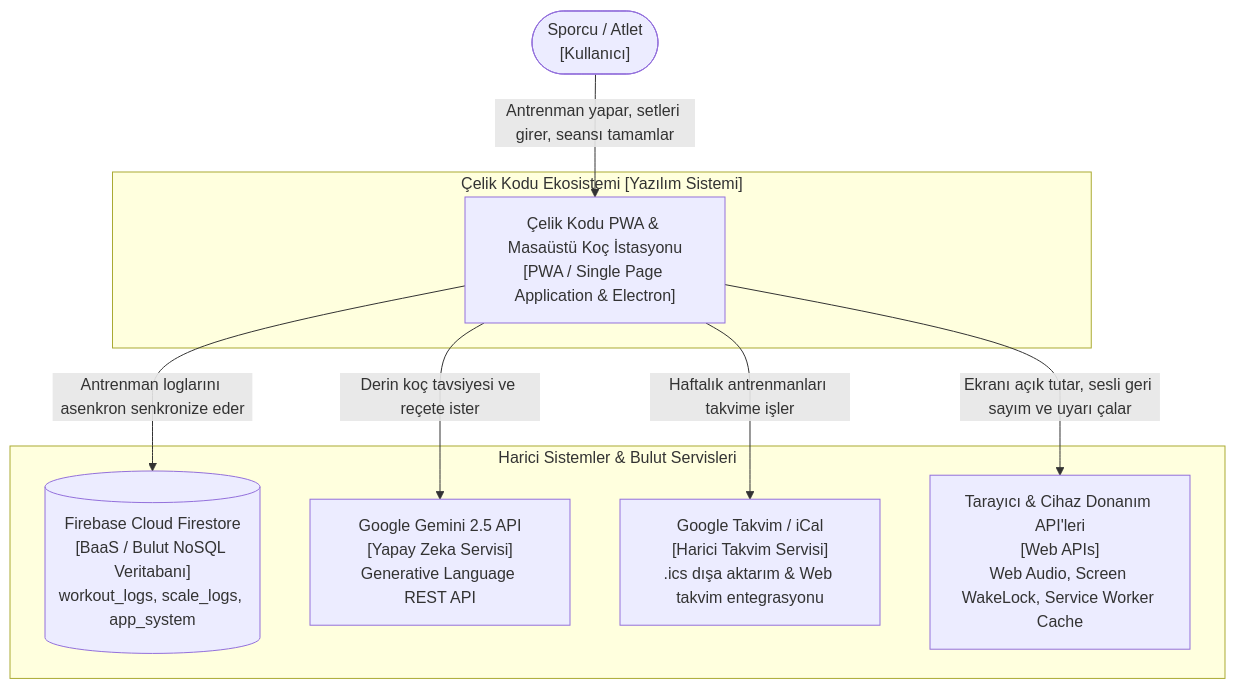
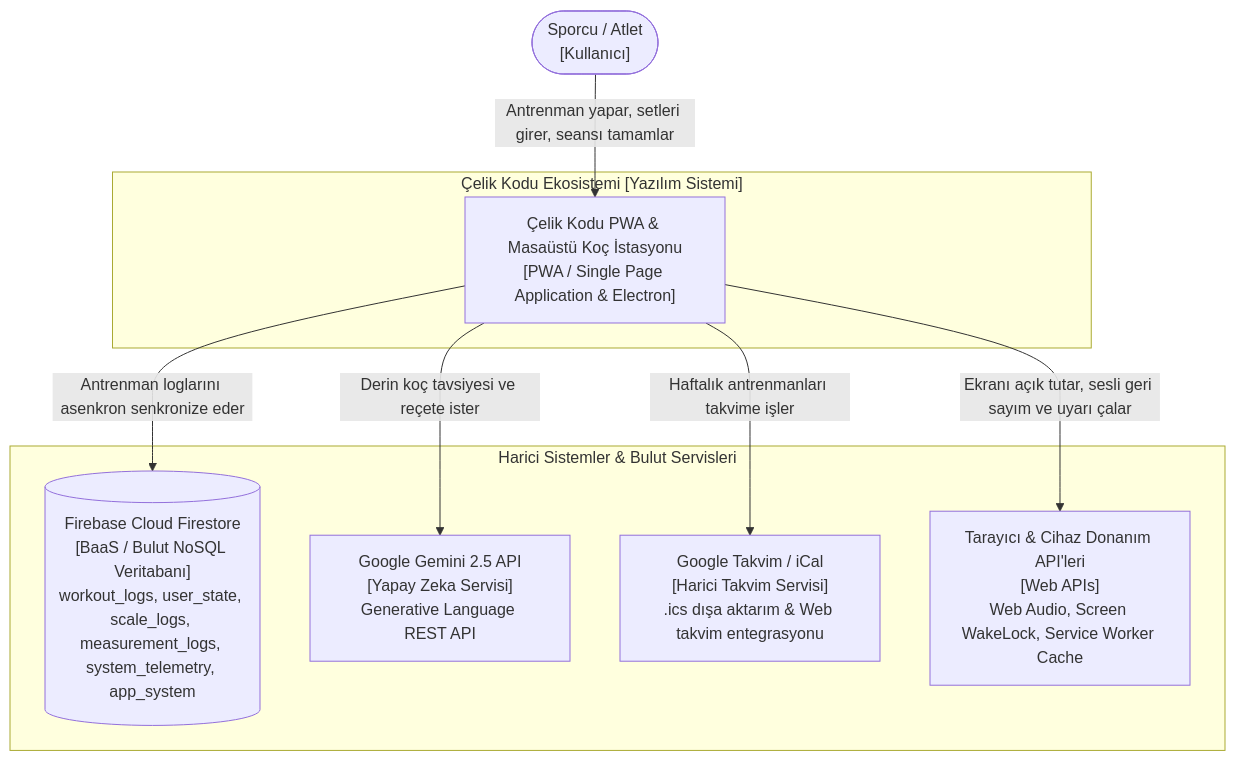
One commit to feritkantarci/fitness changed the first of 7 diagrams in docs/C4_ARCHITECTURE.md. Above: the diagram before and after it, drawn with Mermaid. The commit also changed other lines of this file and 19 other files, not shown here.

````diff
--- a/docs/C4_ARCHITECTURE.md
+++ b/docs/C4_ARCHITECTURE.md
@@ -24,21 +24,21 @@
 ```mermaid
 flowchart TD
     User(["Sporcu / Atlet<br/>[Kullanıcı]"])
 
     subgraph SystemBoundary["Çelik Kodu Ekosistemi [Yazılım Sistemi]"]
         CelikKoduApp["Çelik Kodu PWA & Masaüstü Koç İstasyonu<br/>[PWA / Single Page Application & Electron]"]
     end
 
     subgraph ExternalSystems["Harici Sistemler & Bulut Servisleri"]
-        FirestoreCloud[("Firebase Cloud Firestore<br/>[BaaS / Bulut NoSQL Veritabanı]<br/>workout_logs, scale_logs, app_system")]
+        FirestoreCloud[("Firebase Cloud Firestore<br/>[BaaS / Bulut NoSQL Veritabanı]<br/>workout_logs, user_state, scale_logs, measurement_logs, system_telemetry, app_system")]
         GeminiAPI["Google Gemini 2.5 API<br/>[Yapay Zeka Servisi]<br/>Generative Language REST API"]
         GCalendar["Google Takvim / iCal<br/>[Harici Takvim Servisi]<br/>.ics dışa aktarım & Web takvim entegrasyonu"]
         BrowserAPIs["Tarayıcı & Cihaz Donanım API'leri<br/>[Web APIs]<br/>Web Audio, Screen WakeLock, Service Worker Cache"]
     end
 
     User -->|"Antrenman yapar, setleri girer, seansı tamamlar"| CelikKoduApp
     CelikKoduApp -->|"Antrenman loglarını asenkron senkronize eder"| FirestoreCloud
     CelikKoduApp -->|"Derin koç tavsiyesi ve reçete ister"| GeminiAPI
     CelikKoduApp -->|"Haftalık antrenmanları takvime işler"| GCalendar
     CelikKoduApp -->|"Ekranı açık tutar, sesli geri sayım ve uyarı çalar"| BrowserAPIs
 ```
````
